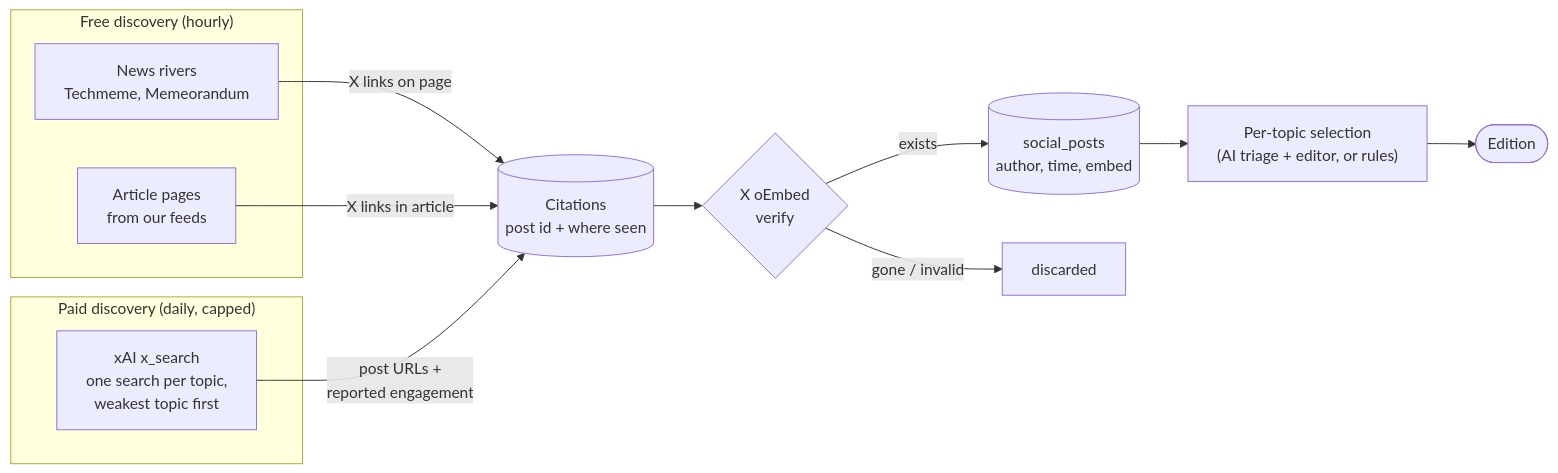
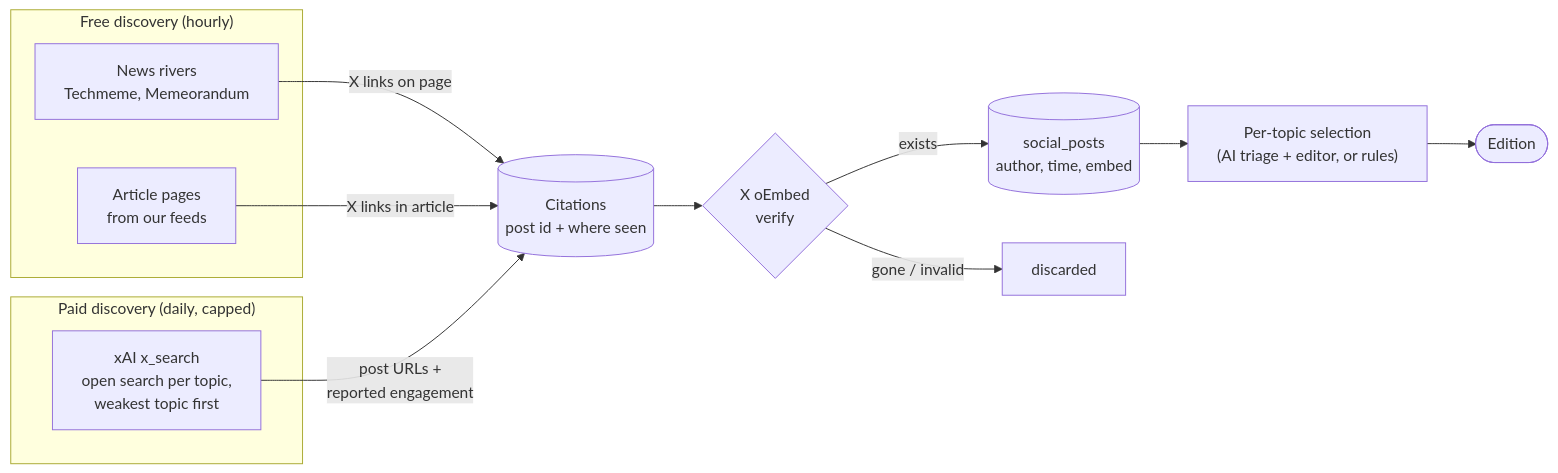
One commit to EmmadUsmani/news-digest changed the diagram in docs/handbook/01-app/05-social-posts.md. Above: the diagram before and after it, drawn with Mermaid. The commit also changed other lines of this file and 7 other files, not shown here.

````diff
--- a/docs/handbook/01-app/05-social-posts.md
+++ b/docs/handbook/01-app/05-social-posts.md
@@ -12,17 +11,17 @@
 ```mermaid
 flowchart LR
   subgraph free["Free discovery (hourly)"]
     riv["News rivers<br/>Techmeme, Memeorandum"]
     art["Article pages<br/>from our feeds"]
   end
   subgraph paid["Paid discovery (daily, capped)"]
-    xs["xAI x_search<br/>one search per topic,<br/>weakest topic first"]
+    xs["xAI x_search<br/>open search per topic,<br/>weakest topic first"]
   end
   riv -- "X links on page" --> cit[("Citations<br/>post id + where seen")]
   art -- "X links in article" --> cit
   xs -- "post URLs +<br/>reported engagement" --> cit
   cit --> ver{"X oEmbed<br/>verify"}
   ver -- "exists" --> posts[("social_posts<br/>author, time, embed")]
   ver -- "gone / invalid" --> drop["discarded"]
   posts --> sel["Per-topic selection<br/>(AI triage + editor, or rules)"] --> ed(["Edition"])
 ```
````
